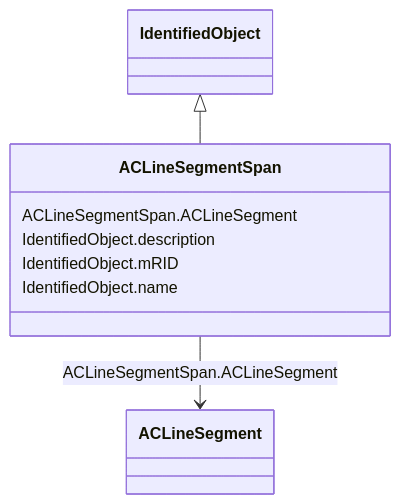
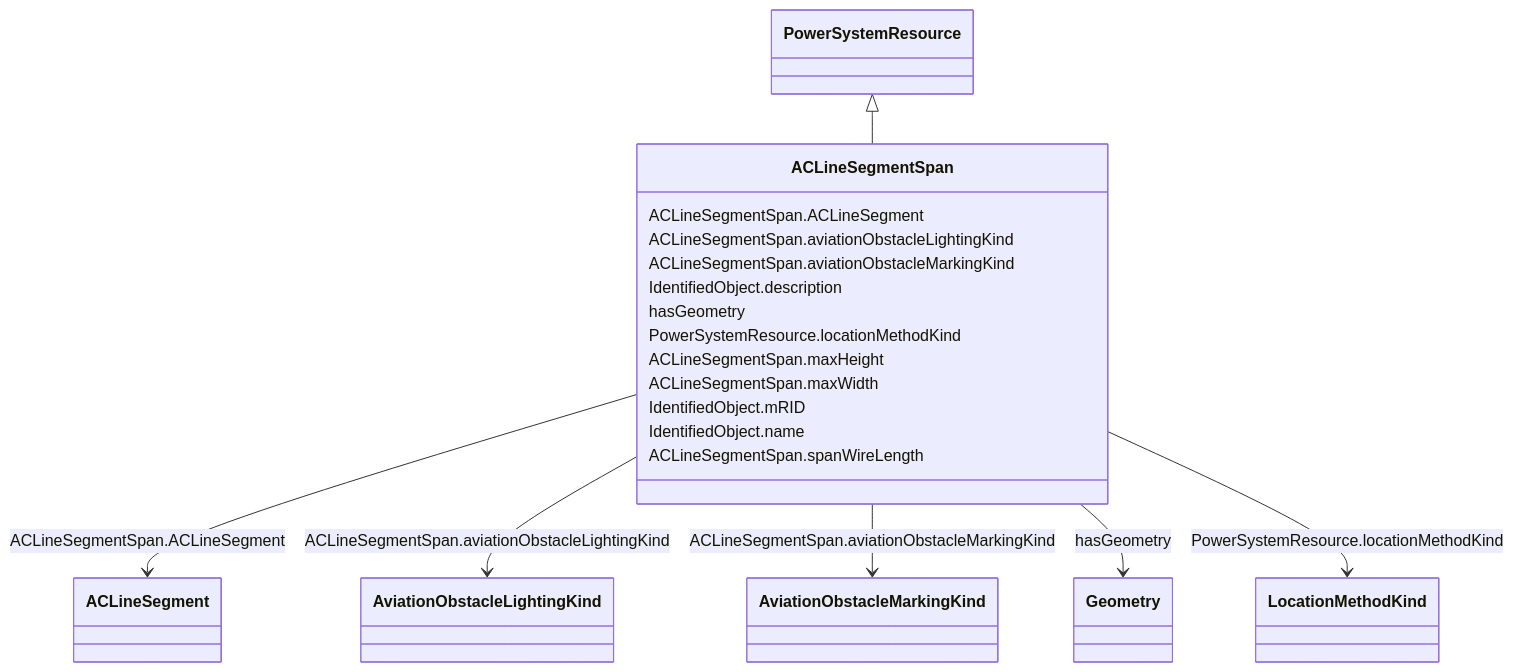
The diagram in docs/AviationObstacle/ACLineSegmentSpan.md (3lbits/NoCIMExtensions), drawn with Mermaid before and after one commit. The commit also changed other lines of this file and 32 other files, not shown here.

````diff
--- a/docs/AviationObstacle/ACLineSegmentSpan.md
+++ b/docs/AviationObstacle/ACLineSegmentSpan.md
@@ -11,20 +16,46 @@
 ```mermaid
  classDiagram
     class ACLineSegmentSpan
     click ACLineSegmentSpan href "../ACLineSegmentSpan"
-      IdentifiedObject <|-- ACLineSegmentSpan
-        click IdentifiedObject href "../IdentifiedObject"
+      PowerSystemResource <|-- ACLineSegmentSpan
+        click PowerSystemResource href "../PowerSystemResource"
       
       ACLineSegmentSpan : ACLineSegmentSpan.ACLineSegment
         
           ACLineSegmentSpan --> ACLineSegment : ACLineSegmentSpan.ACLineSegment
           click ACLineSegment href "../ACLineSegment"
         
+      ACLineSegmentSpan : ACLineSegmentSpan.aviationObstacleLightingKind
+        
+          ACLineSegmentSpan --> AviationObstacleLightingKind : ACLineSegmentSpan.aviationObstacleLightingKind
+          click AviationObstacleLightingKind href "../AviationObstacleLightingKind"
+        
+      ACLineSegmentSpan : ACLineSegmentSpan.aviationObstacleMarkingKind
+        
+          ACLineSegmentSpan --> AviationObstacleMarkingKind : ACLineSegmentSpan.aviationObstacleMarkingKind
+          click AviationObstacleMarkingKind href "../AviationObstacleMarkingKind"
+        
       ACLineSegmentSpan : IdentifiedObject.description
+        
+      ACLineSegmentSpan : hasGeometry
+        
+          ACLineSegmentSpan --> Geometry : hasGeometry
+          click Geometry href "../Geometry"
+        
+      ACLineSegmentSpan : PowerSystemResource.locationMethodKind
+        
+          ACLineSegmentSpan --> LocationMethodKind : PowerSystemResource.locationMethodKind
+          click LocationMethodKind href "../LocationMethodKind"
+        
+      ACLineSegmentSpan : ACLineSegmentSpan.maxHeight
+        
+      ACLineSegmentSpan : ACLineSegmentSpan.maxWidth
         
       ACLineSegmentSpan : IdentifiedObject.mRID
         
       ACLineSegmentSpan : IdentifiedObject.name
         
+      ACLineSegmentSpan : ACLineSegmentSpan.spanWireLength
+        
       
 ```
````
